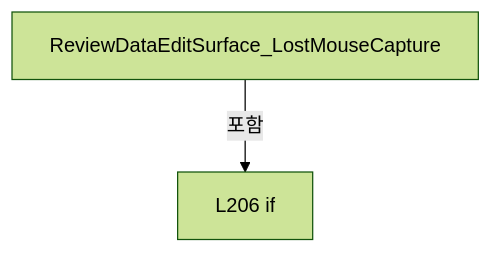
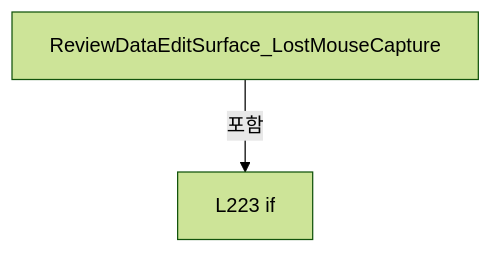
The eighth of 18 diagrams in A3 LD Code Ref/files/Drilling.UI/Views/CReviewDataView.xaml.cs.md (kjuws10-rgb/Shared), drawn with Mermaid (forest theme) before and after one commit. The commit also changed other lines of this file and 2071 other files, not shown here.

Commit message:
docs(a3): update 11.19.0 architecture and code reference

````diff
--- a/A3 LD Code Ref/files/Drilling.UI/Views/CReviewDataView.xaml.cs.md
+++ b/A3 LD Code Ref/files/Drilling.UI/Views/CReviewDataView.xaml.cs.md
@@ -761,6 +876,6 @@
 ```mermaid
 flowchart TD
  M["ReviewDataEditSurface_LostMouseCapture"]
- N0["L206 if"]
+ N0["L223 if"]
  M -->|포함| N0
 ```
````
